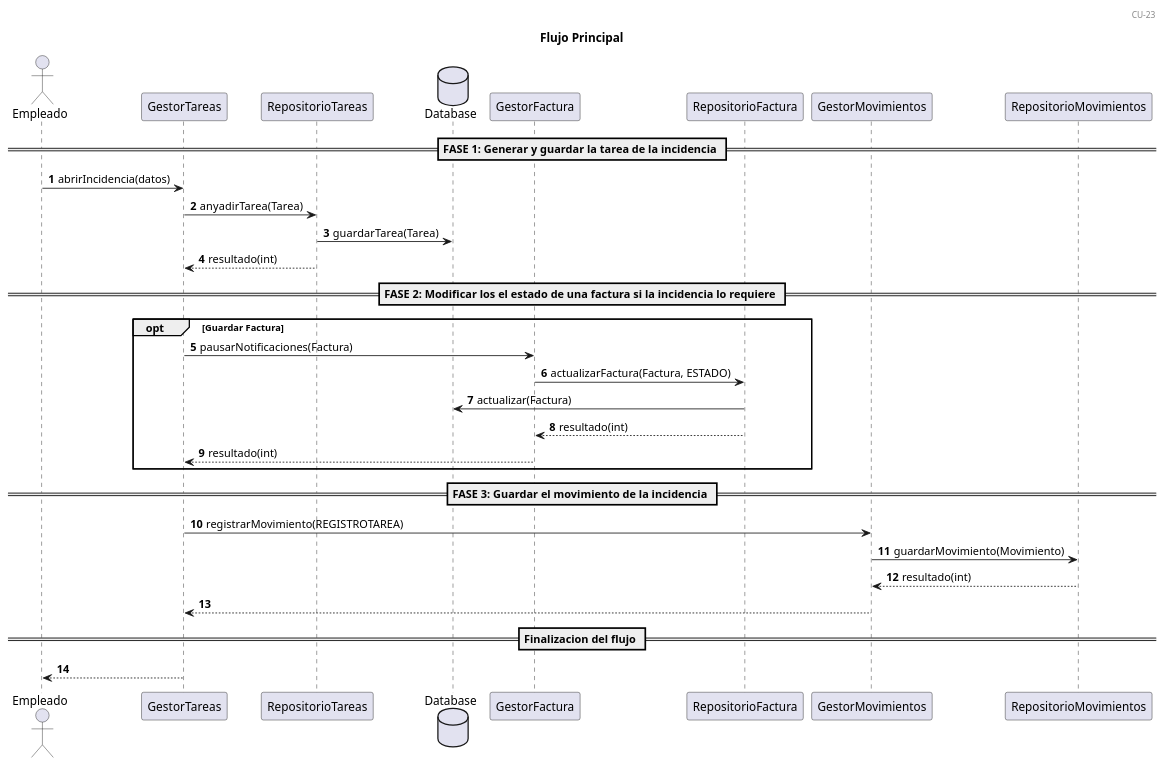
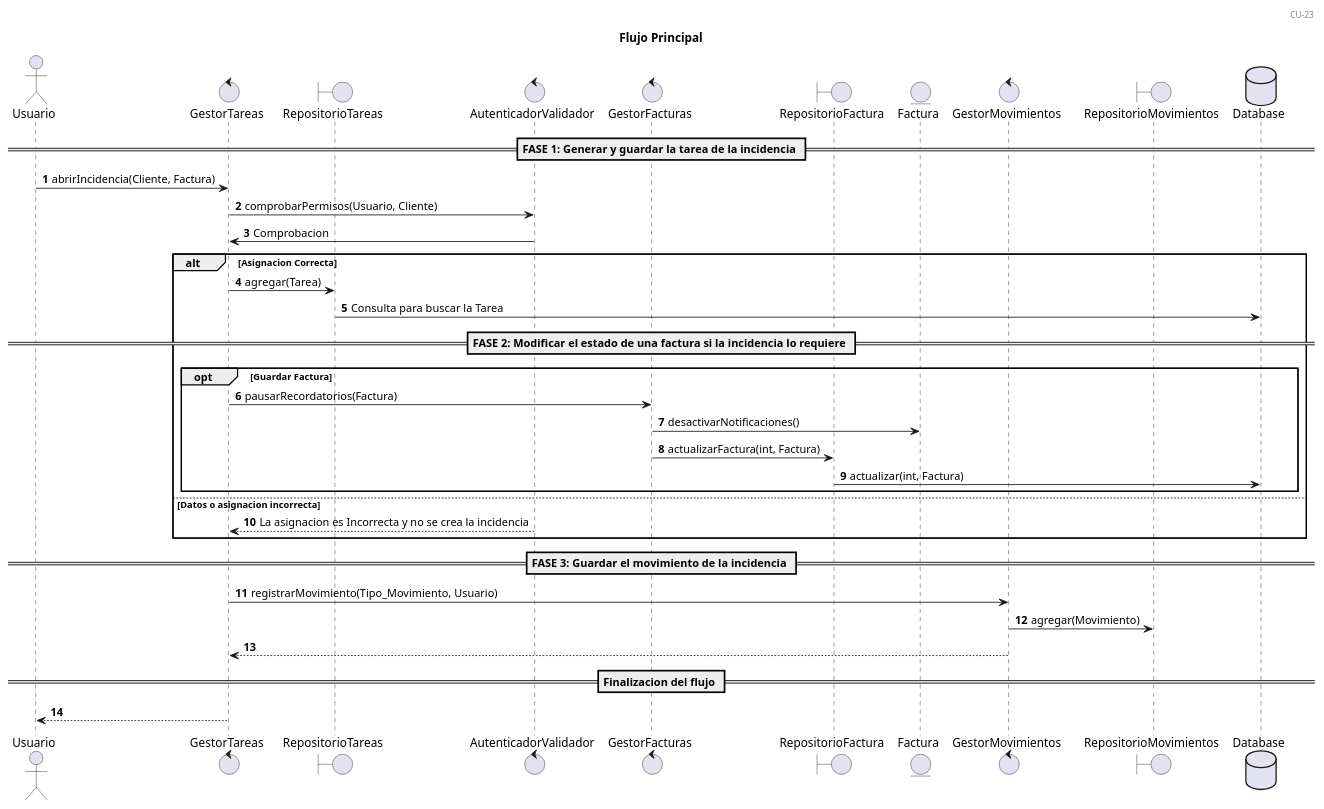
The diagram in entrega2/diagramas/secuencias/CU-23.puml (Vertossse/Elefantes), drawn with PlantUML before and after one commit. The commit also changed 9 other files, not shown here.

```diff
--- a/entrega2/diagramas/secuencias/CU-23.puml
+++ b/entrega2/diagramas/secuencias/CU-23.puml
@@ -1,36 +1,46 @@
 @startuml
 autonumber 
 Header CU-23
 title Flujo Principal 
-actor Empleado 
+actor Usuario 
+control GestorTareas 
+boundary RepositorioTareas 
+database Database 
+control AutenticadorValidador
+control GestorFacturas 
+boundary RepositorioFactura
+entity Factura 
+control GestorMovimientos
+boundary RepositorioMovimientos
+
 
 == FASE 1: Generar y guardar la tarea de la incidencia == 
 
-Empleado -> GestorTareas : abrirIncidencia(datos) 
-GestorTareas -> RepositorioTareas : anyadirTarea(Tarea) 
+Usuario -> GestorTareas : abrirIncidencia(Cliente, Factura)
+GestorTareas -> AutenticadorValidador : comprobarPermisos(Usuario, Cliente)
+AutenticadorValidador -> GestorTareas : Comprobacion 
+alt Asignacion Correcta
+GestorTareas -> RepositorioTareas : agregar(Tarea) 
 
 database Database 
-RepositorioTareas -> Database : guardarTarea(Tarea)
-RepositorioTareas --> GestorTareas : resultado(int) 
-
-== FASE 2: Modificar los el estado de una factura si la incidencia lo requiere == 
+RepositorioTareas -> Database : Consulta para buscar la Tarea
+== FASE 2: Modificar el estado de una factura si la incidencia lo requiere == 
 opt Guardar Factura 
-GestorTareas -> GestorFactura : pausarNotificaciones(Factura) 
-GestorFactura -> RepositorioFactura : actualizarFactura(Factura, ESTADO)
-RepositorioFactura -> Database : actualizar(Factura)
-RepositorioFactura --> GestorFactura : resultado(int)
-GestorFactura --> GestorTareas : resultado(int)
+GestorTareas -> GestorFacturas : pausarRecordatorios(Factura) 
+GestorFacturas -> Factura : desactivarNotificaciones()
+GestorFacturas -> RepositorioFactura : actualizarFactura(int, Factura)
+RepositorioFactura -> Database : actualizar(int, Factura)
 end
+else Datos o asignacion incorrecta 
+AutenticadorValidador --> GestorTareas : La asignacion es Incorrecta y no se crea la incidencia
+end alt 
 
 == FASE 3: Guardar el movimiento de la incidencia == 
 
-GestorTareas -> GestorMovimientos : registrarMovimiento(REGISTROTAREA)
-GestorMovimientos -> RepositorioMovimientos : guardarMovimiento(Movimiento)
-RepositorioMovimientos --> GestorMovimientos : resultado(int) 
+GestorTareas -> GestorMovimientos : registrarMovimiento(Tipo_Movimiento, Usuario)
+GestorMovimientos -> RepositorioMovimientos : agregar(Movimiento)
 GestorMovimientos --> GestorTareas 
 
 == Finalizacion del flujo ==
-
-GestorTareas --> Empleado
-
+GestorTareas --> Usuario
 @enduml
```
